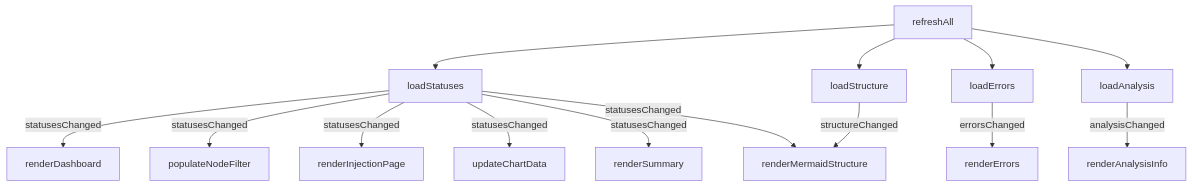
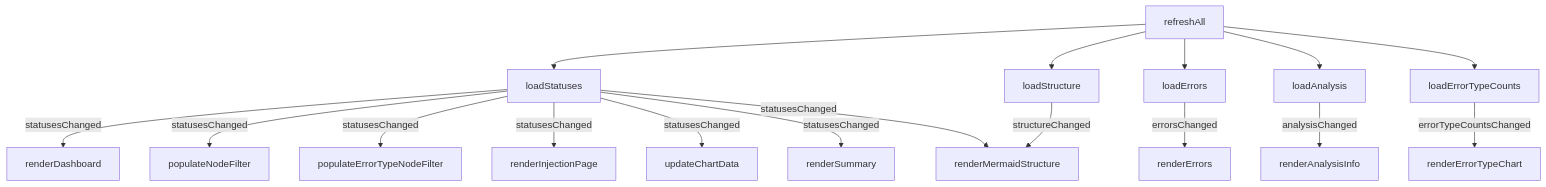
Before and after one commit to Mr-xiaotian/celestialflow-web: the first of 2 diagrams in docs/zh-CN/src/static/ts/main.md, drawn with Mermaid. The commit also changed other lines of this file and 15 other files, not shown here.

````diff
--- a/docs/zh-CN/src/static/ts/main.md
+++ b/docs/zh-CN/src/static/ts/main.md
@@ -48,20 +48,24 @@
 ```mermaid
 flowchart TD
     RA[refreshAll] --> LS[loadStatuses]
     RA --> LST[loadStructure]
     RA --> LE[loadErrors]
     RA --> LA[loadAnalysis]
+    RA --> LET[loadErrorTypeCounts]
 
     LS -->|statusesChanged| RD[renderDashboard]
     LS -->|statusesChanged| PN[populateNodeFilter]
+    LS -->|statusesChanged| PN2[populateErrorTypeNodeFilter]
     LS -->|statusesChanged| RI[renderInjectionPage]
     LS -->|statusesChanged| UC[updateChartData]
     LS -->|statusesChanged| RS[renderSummary]
 
     LST -->|structureChanged| RM[renderMermaidStructure]
     LS -->|statusesChanged| RM
 
     LE -->|errorsChanged| RE[renderErrors]
 
     LA -->|analysisChanged| RAI[renderAnalysisInfo]
+
+    LET -->|errorTypeCountsChanged| RET[renderErrorTypeChart]
 ```
````
